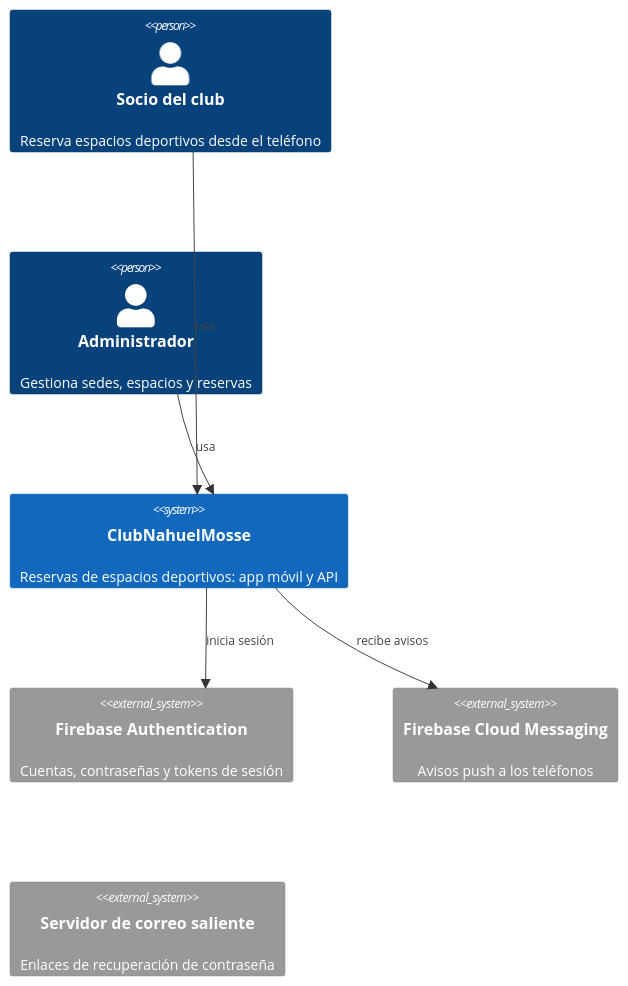
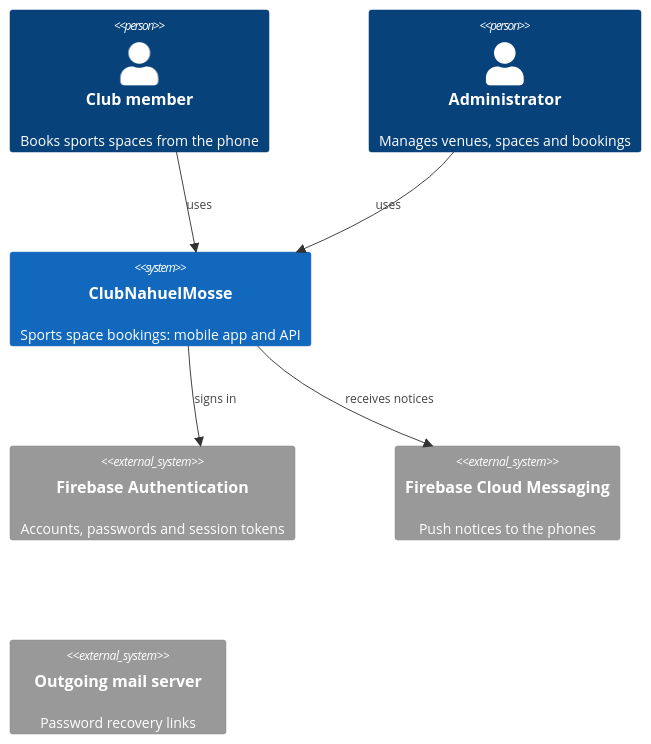
The first of 3 diagrams in docs/technical/system-design.md (NahuelMosse/ClubNahuelMosse), drawn with Mermaid before and after one commit. The commit also changed other lines of this file and 13 other files, not shown here.

````diff
--- a/docs/technical/system-design.md
+++ b/docs/technical/system-design.md
@@ -13,13 +13,13 @@
 ```mermaid
 C4Context
-  Person(socio, "Socio del club", "Reserva espacios deportivos desde el teléfono")
-  Person(admin, "Administrador", "Gestiona sedes, espacios y reservas")
-  System(app, "ClubNahuelMosse", "Reservas de espacios deportivos: app móvil y API")
-  System_Ext(auth, "Firebase Authentication", "Cuentas, contraseñas y tokens de sesión")
-  System_Ext(fcm, "Firebase Cloud Messaging", "Avisos push a los teléfonos")
-  System_Ext(correo, "Servidor de correo saliente", "Enlaces de recuperación de contraseña")
-  Rel(socio, app, "usa")
-  Rel(admin, app, "usa")
-  Rel(app, auth, "inicia sesión")
-  Rel(app, fcm, "recibe avisos")
+  Person(socio, "Club member", "Books sports spaces from the phone")
+  Person(admin, "Administrator", "Manages venues, spaces and bookings")
+  System(app, "ClubNahuelMosse", "Sports space bookings: mobile app and API")
+  System_Ext(auth, "Firebase Authentication", "Accounts, passwords and session tokens")
+  System_Ext(fcm, "Firebase Cloud Messaging", "Push notices to the phones")
+  System_Ext(correo, "Outgoing mail server", "Password recovery links")
+  Rel(socio, app, "uses")
+  Rel(admin, app, "uses")
+  Rel(app, auth, "signs in")
+  Rel(app, fcm, "receives notices")
 ```
````
